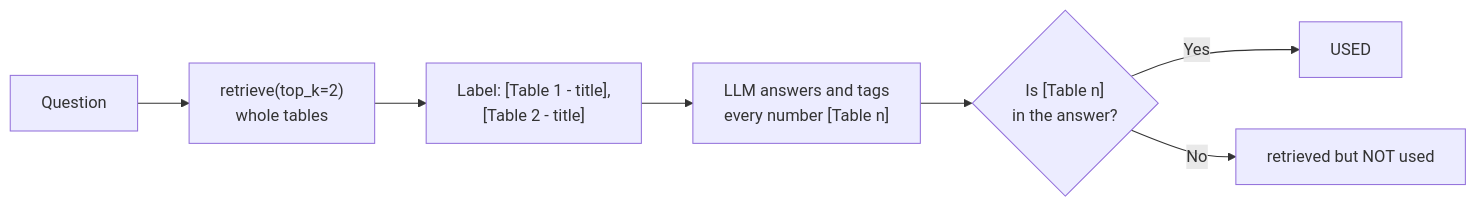
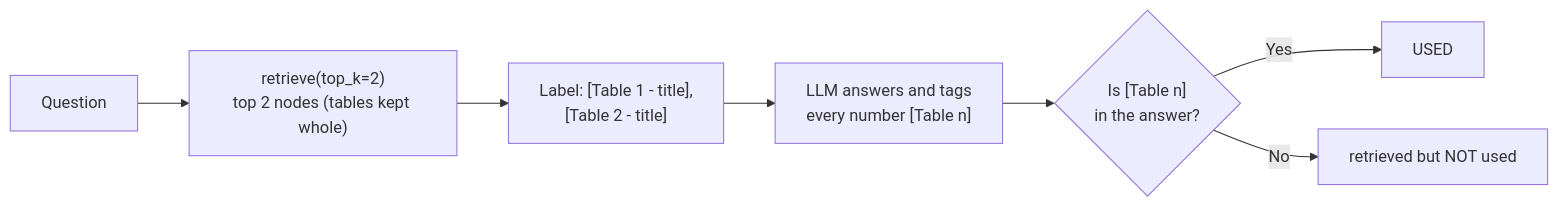
The eighth of 8 diagrams in RAG-Labs/section-5-vectorless/lab-09-vectorless-rag/vectorless_rag.md (CogKnowEdge-Solutions/Context-Memory-Layer), drawn with Mermaid before and after one commit. The commit also changed other lines of this file and 80 other files, not shown here.

````diff
--- a/RAG-Labs/section-5-vectorless/lab-09-vectorless-rag/vectorless_rag.md
+++ b/RAG-Labs/section-5-vectorless/lab-09-vectorless-rag/vectorless_rag.md
@@ -468,9 +534,9 @@
 ```mermaid
 flowchart LR
-    Q["Question"] --> R["retrieve(top_k=2)<br/>whole tables"]
+    Q["Question"] --> R["retrieve(top_k=2)<br/>top 2 nodes (tables kept whole)"]
     R --> L["Label: [Table 1 - title],<br/>[Table 2 - title]"]
     L --> A["LLM answers and tags<br/>every number [Table n]"]
     A --> C{"Is [Table n]<br/>in the answer?"}
     C -->|Yes| U["USED"]
     C -->|No| N["retrieved but NOT used"]
 ```
````
